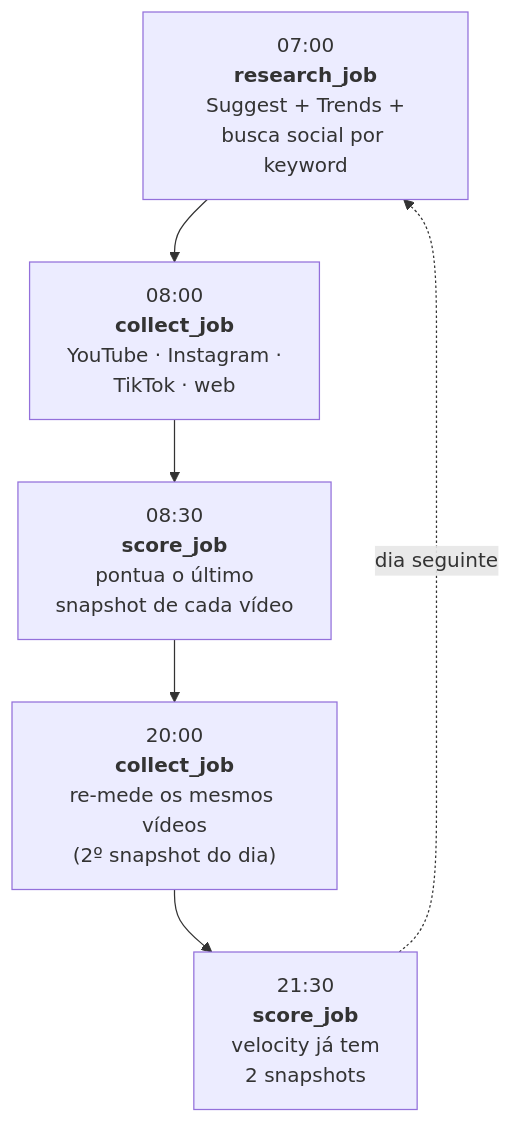
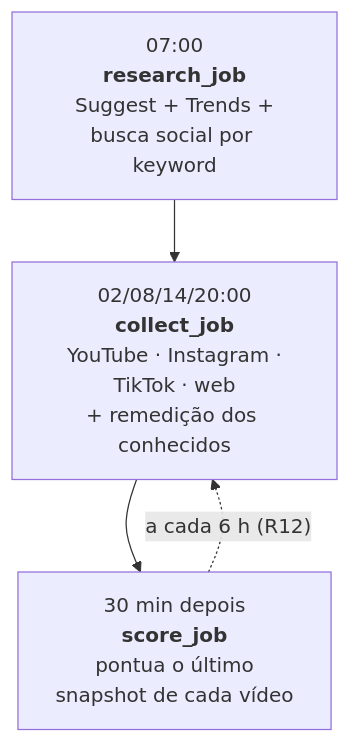
One commit to leonardodg/content-factory changed the second of 7 diagrams in docs/diagram/mapa-do-ciclo.md. Above: the diagram before and after it, drawn with Mermaid. The commit also changed other lines of this file and 3 other files, not shown here.

Commit message:
docs(worker): cron collect/score 4x/dia na operação e diagramas (R12)

````diff
--- a/docs/diagram/mapa-do-ciclo.md
+++ b/docs/diagram/mapa-do-ciclo.md
@@ -57,10 +57,8 @@
 ```mermaid
 flowchart TD
     T1["07:00<br/><b>research_job</b><br/>Suggest + Trends +<br/>busca social por keyword"]
-    T2["08:00<br/><b>collect_job</b><br/>YouTube · Instagram ·<br/>TikTok · web"]
-    T3["08:30<br/><b>score_job</b><br/>pontua o último<br/>snapshot de cada vídeo"]
-    T4["20:00<br/><b>collect_job</b><br/>re-mede os mesmos vídeos<br/>(2º snapshot do dia)"]
-    T5["21:30<br/><b>score_job</b><br/>velocity já tem<br/>2 snapshots"]
-    T1 --> T2 --> T3 --> T4 --> T5
-    T5 -. "dia seguinte" .-> T1
+    T2["02/08/14/20:00<br/><b>collect_job</b><br/>YouTube · Instagram ·<br/>TikTok · web<br/>+ remedição dos conhecidos"]
+    T3["30 min depois<br/><b>score_job</b><br/>pontua o último<br/>snapshot de cada vídeo"]
+    T1 --> T2 --> T3
+    T3 -. "a cada 6 h (R12)" .-> T2
 ```
````
